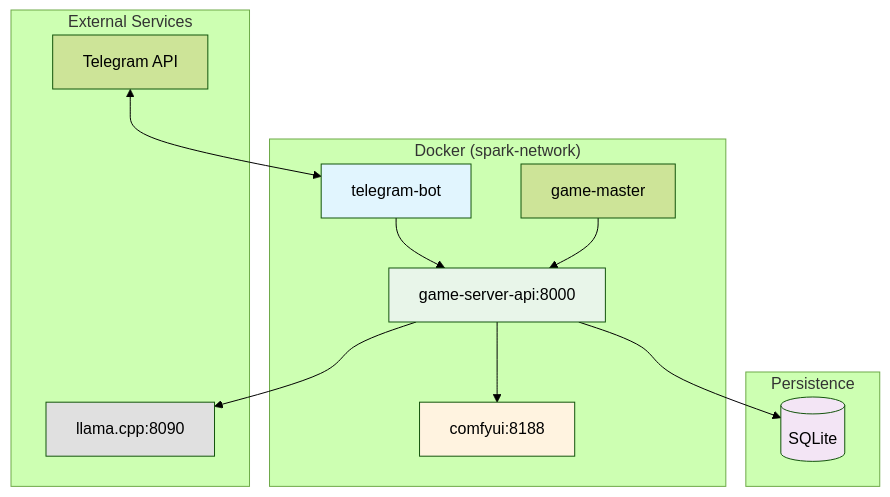
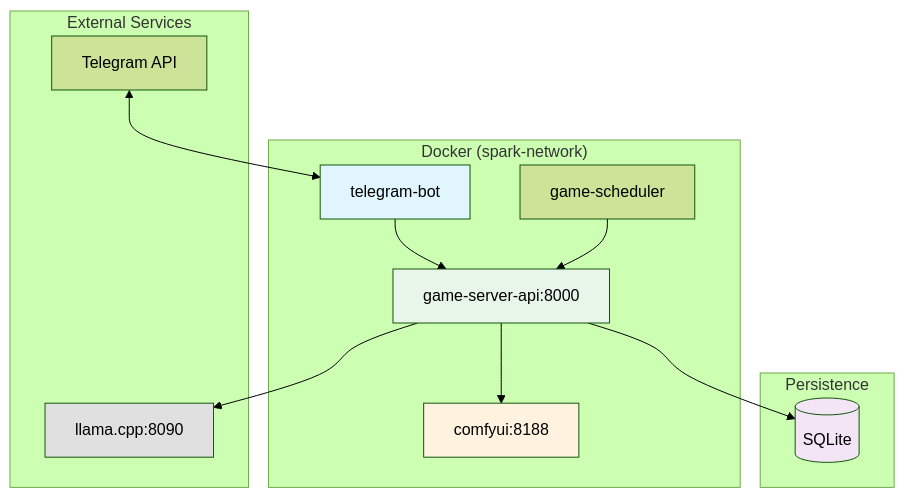
Before and after one commit to Slach/ai-games: the diagram in docs/INTEGRATION.md, drawn with Mermaid (forest theme). The commit also changed other lines of this file and 8 other files, not shown here.

Commit message:
Remove unused /scheduler/trigger endpoint; rename game-master → game-scheduler in all .md files

````diff
--- a/docs/INTEGRATION.md
+++ b/docs/INTEGRATION.md
@@ -9,23 +9,23 @@
 ```mermaid
 graph TD
     subgraph "Docker (spark-network)"
         TG[telegram-bot] --> GS[game-server-api:8000]
-        GM[game-master] --> GS
+        GM[game-scheduler] --> GS
         GS --> CF[comfyui:8188]
     end
 
     subgraph "External Services"
         TA[Telegram API] <--> TG
         GS --> LL[llama.cpp:8090]
     end
 
     subgraph "Persistence"
         GS --> DB[(SQLite)]
     end
 
     style GS fill:#E8F5E9
     style CF fill:#FFF3E0
     style LL fill:#E0E0E0
     style TG fill:#E1F5FE
     style DB fill:#F3E5F5
 ```
````
